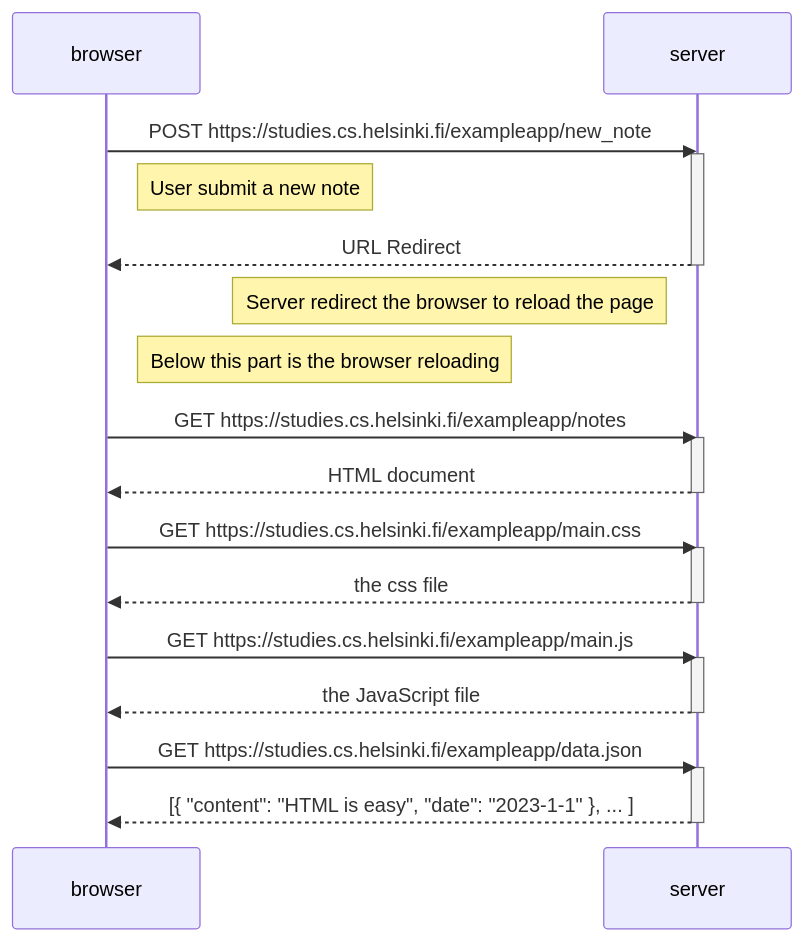
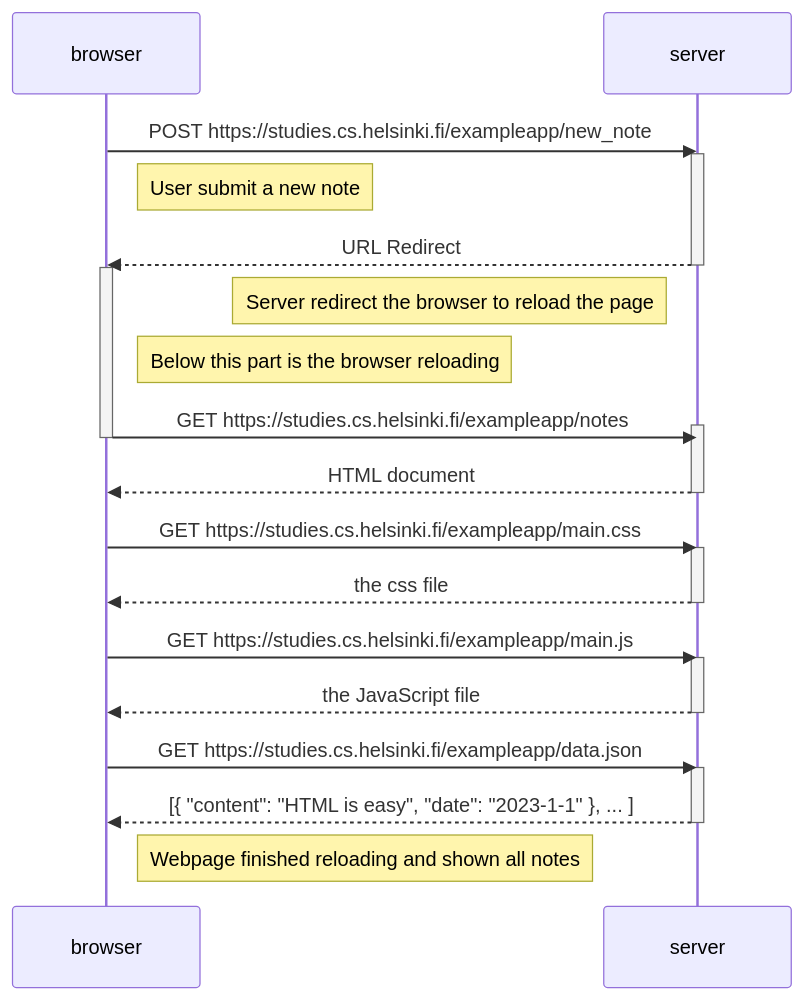
The diagram in part0/0.4-new-note-diagram.md (Agerbav/fullstackopen-submission), drawn with Mermaid before and after one commit.

````diff
--- a/part0/0.4-new-note-diagram.md
+++ b/part0/0.4-new-note-diagram.md
@@ -3,35 +3,40 @@
 ```mermaid
 sequenceDiagram
     participant browser
     participant server
 
     browser->>server: POST https://studies.cs.helsinki.fi/exampleapp/new_note
     activate server
     note right of browser: User submit a new note
     server-->>browser: URL Redirect
     deactivate server
+    activate browser
     note left of server: Server redirect the browser to reload the page
     note right of browser: Below this part is the browser reloading
 
     browser->>server: GET https://studies.cs.helsinki.fi/exampleapp/notes
     activate server
+    
+    deactivate browser
     server-->>browser: HTML document
     deactivate server
 
     browser->>server: GET https://studies.cs.helsinki.fi/exampleapp/main.css
     activate server
     server-->>browser: the css file
     deactivate server
 
     browser->>server: GET https://studies.cs.helsinki.fi/exampleapp/main.js
     activate server
     server-->>browser: the JavaScript file
     deactivate server
 
 
     browser->>server: GET https://studies.cs.helsinki.fi/exampleapp/data.json
     activate server
     server-->>browser: [{ "content": "HTML is easy", "date": "2023-1-1" }, ... ]
     deactivate server
 
+    note right of browser: Webpage finished reloading and shown all notes
+
 ```
````
